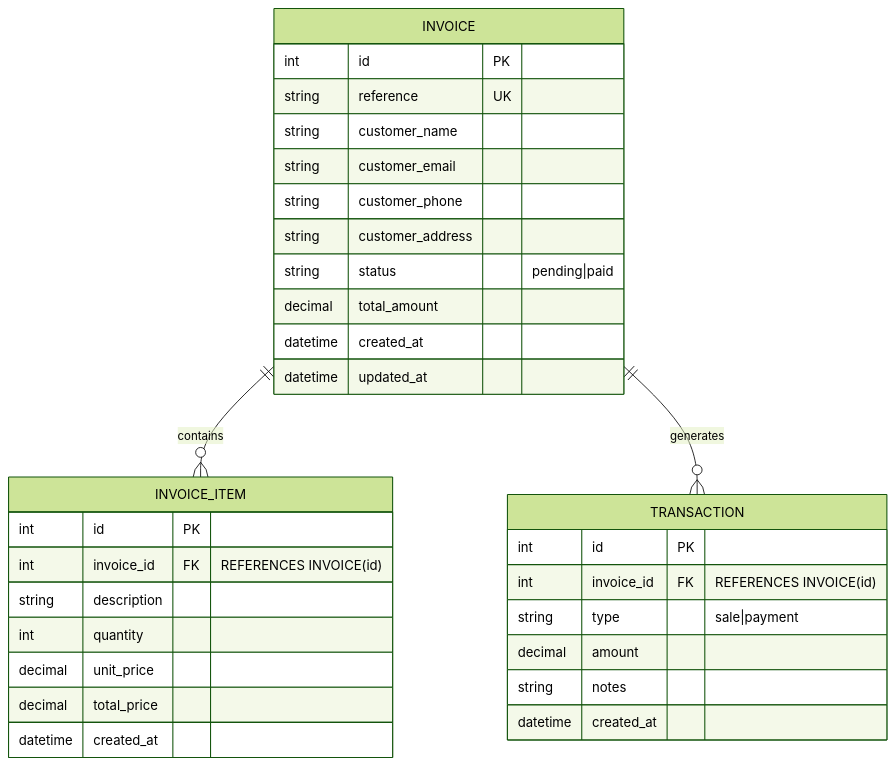
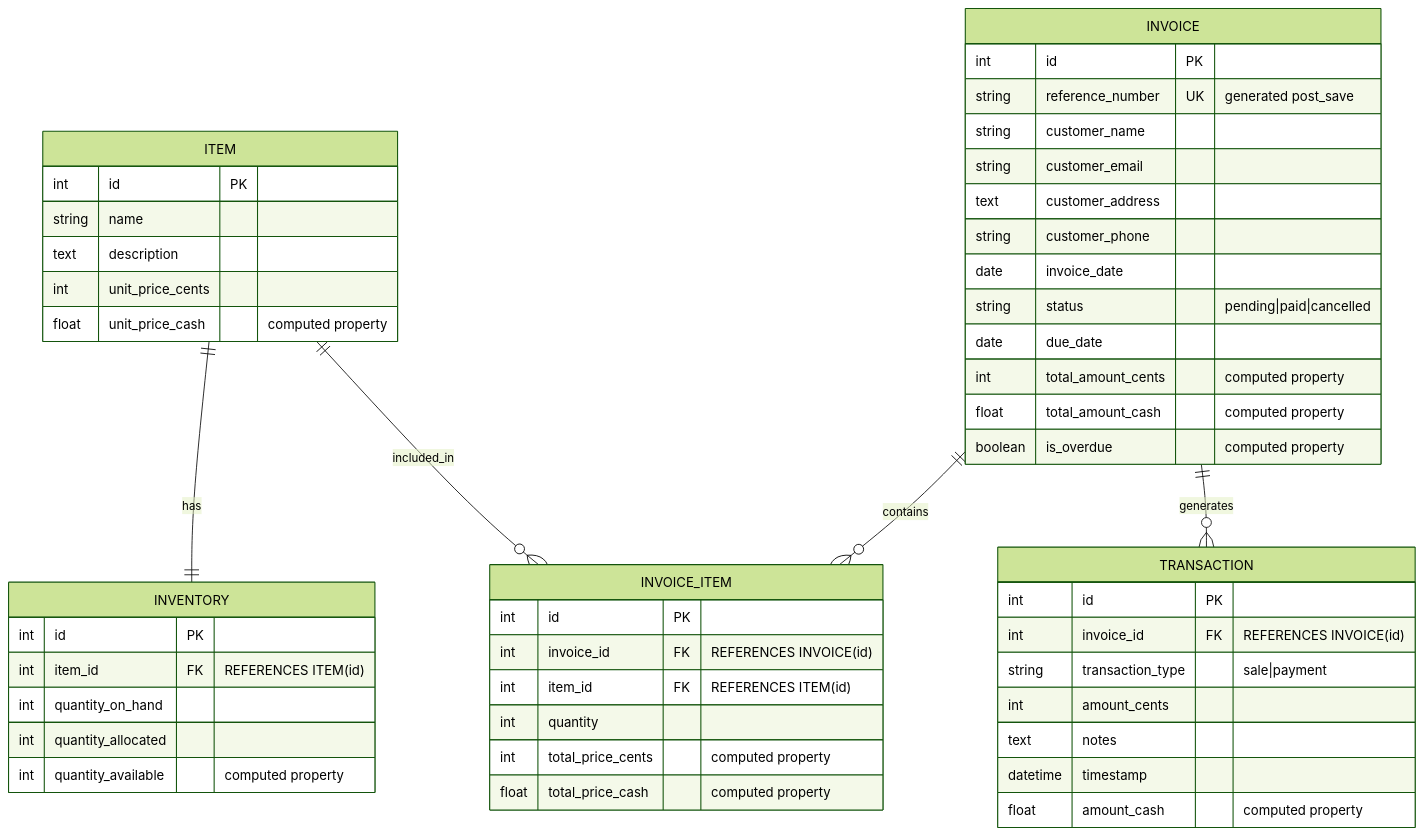
Before and after one commit to kaziiriad/invoicing_application: the diagram in README.md, drawn with Mermaid (forest theme). The commit also changed 20 other files, not shown here.

````diff
--- a/README.md
+++ b/README.md
@@ -1,38 +1,57 @@
 ```mermaid
 erDiagram
+    ITEM ||--|| INVENTORY : has
     INVOICE ||--o{ INVOICE_ITEM : contains
     INVOICE ||--o{ TRANSACTION : generates
+    ITEM ||--o{ INVOICE_ITEM : included_in
     
+    ITEM {
+        int id PK
+        string name
+        text description
+        int unit_price_cents
+        float unit_price_cash "computed property"
+    }
+    
+    INVENTORY {
+        int id PK
+        int item_id FK "REFERENCES ITEM(id)"
+        int quantity_on_hand
+        int quantity_allocated
+        int quantity_available "computed property"
+    }
     
     INVOICE {
         int id PK
-        string reference UK
+        string reference_number UK "generated post_save"
         string customer_name
         string customer_email
+        text customer_address
         string customer_phone
-        string customer_address
-        string status "pending|paid"
-        decimal total_amount
-        datetime created_at
-        datetime updated_at
+        date invoice_date
+        string status "pending|paid|cancelled"
+        date due_date
+        int total_amount_cents "computed property"
+        float total_amount_cash "computed property"
+        boolean is_overdue "computed property"
     }
     
     INVOICE_ITEM {
         int id PK
         int invoice_id FK "REFERENCES INVOICE(id)"
-        string description
+        int item_id FK "REFERENCES ITEM(id)"
         int quantity
-        decimal unit_price
-        decimal total_price
-        datetime created_at
+        int total_price_cents "computed property"
+        float total_price_cash "computed property"
     }
     
     TRANSACTION {
         int id PK
         int invoice_id FK "REFERENCES INVOICE(id)"
-        string type "sale|payment"
-        decimal amount
-        string notes
-        datetime created_at
+        string transaction_type "sale|payment"
+        int amount_cents
+        text notes
+        datetime timestamp
+        float amount_cash "computed property"
     }
 ```
````
